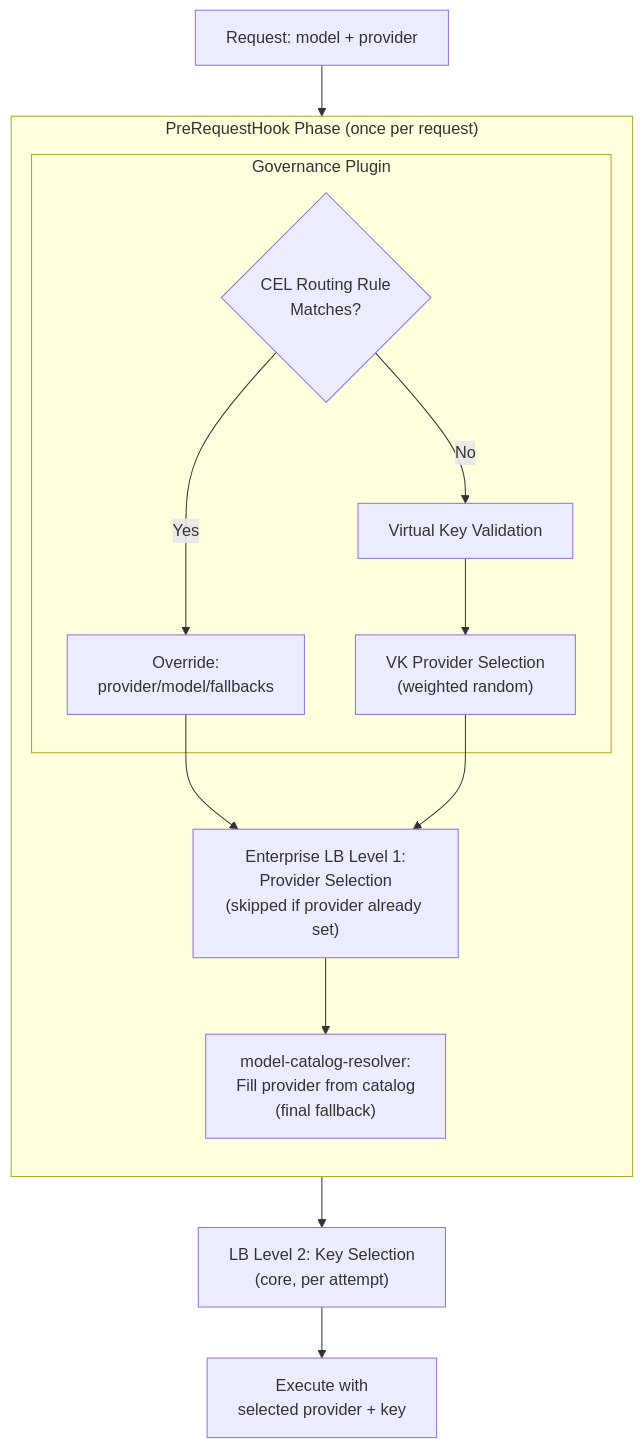
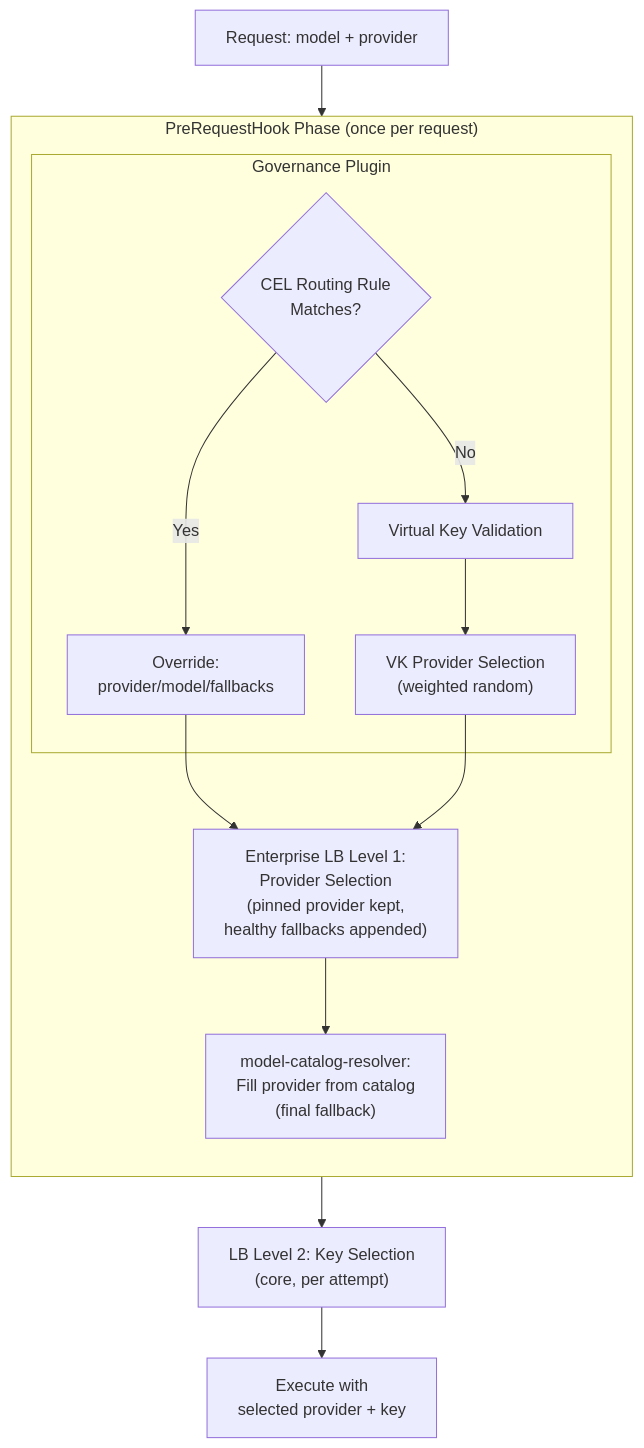
The third of 3 diagrams in docs/providers/provider-routing.mdx (akhsaul/bifrost), drawn with Mermaid before and after one commit. The commit also changed other lines of this file and 1 other file, not shown here.

First line of the commit message:
docs: clarify that Level 1 LB always runs for pinned providers, appending healthy fallbacks instead of skipping (#5135)

````diff
--- a/docs/providers/provider-routing.mdx
+++ b/docs/providers/provider-routing.mdx
@@ -1418,23 +1419,23 @@
 ```mermaid
 flowchart TD
     Start["Request: model + provider"]
 
     subgraph PreReq["PreRequestHook Phase (once per request)"]
         direction TB
         subgraph Gov["Governance Plugin"]
             RuleMatch{"CEL Routing Rule<br/>Matches?"}
             RuleDecision["Override:<br/>provider/model/fallbacks"]
             VKValidation["Virtual Key Validation"]
             GovRouting["VK Provider Selection<br/>(weighted random)"]
         end
-        LB1["Enterprise LB Level 1:<br/>Provider Selection<br/>(skipped if provider already set)"]
+        LB1["Enterprise LB Level 1:<br/>Provider Selection<br/>(pinned provider kept,<br/>healthy fallbacks appended)"]
         Resolver["model-catalog-resolver:<br/>Fill provider from catalog<br/>(final fallback)"]
     end
 
     LB2["LB Level 2: Key Selection<br/>(core, per attempt)"]
 
     Start --> RuleMatch
     RuleMatch -->|Yes| RuleDecision --> LB1
     RuleMatch -->|No| VKValidation --> GovRouting --> LB1
     LB1 --> Resolver --> LB2 --> Execute["Execute with<br/>selected provider + key"]
 ```
````
